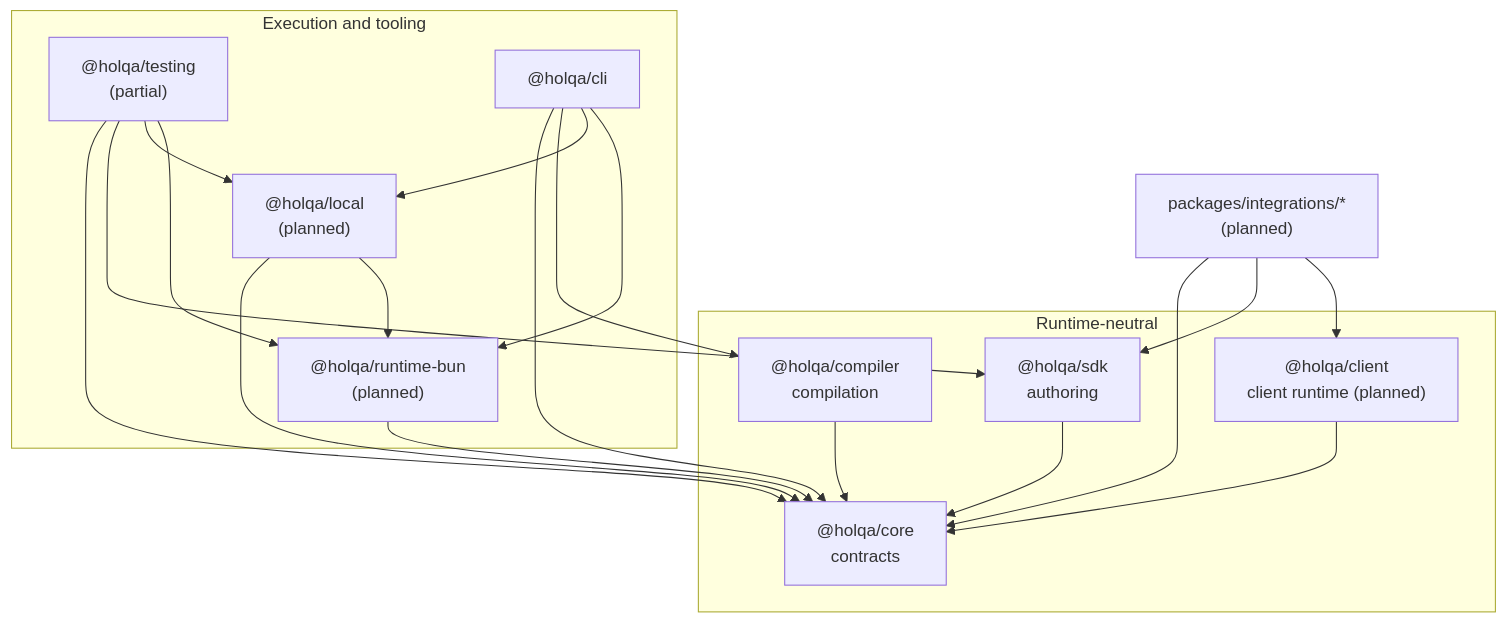
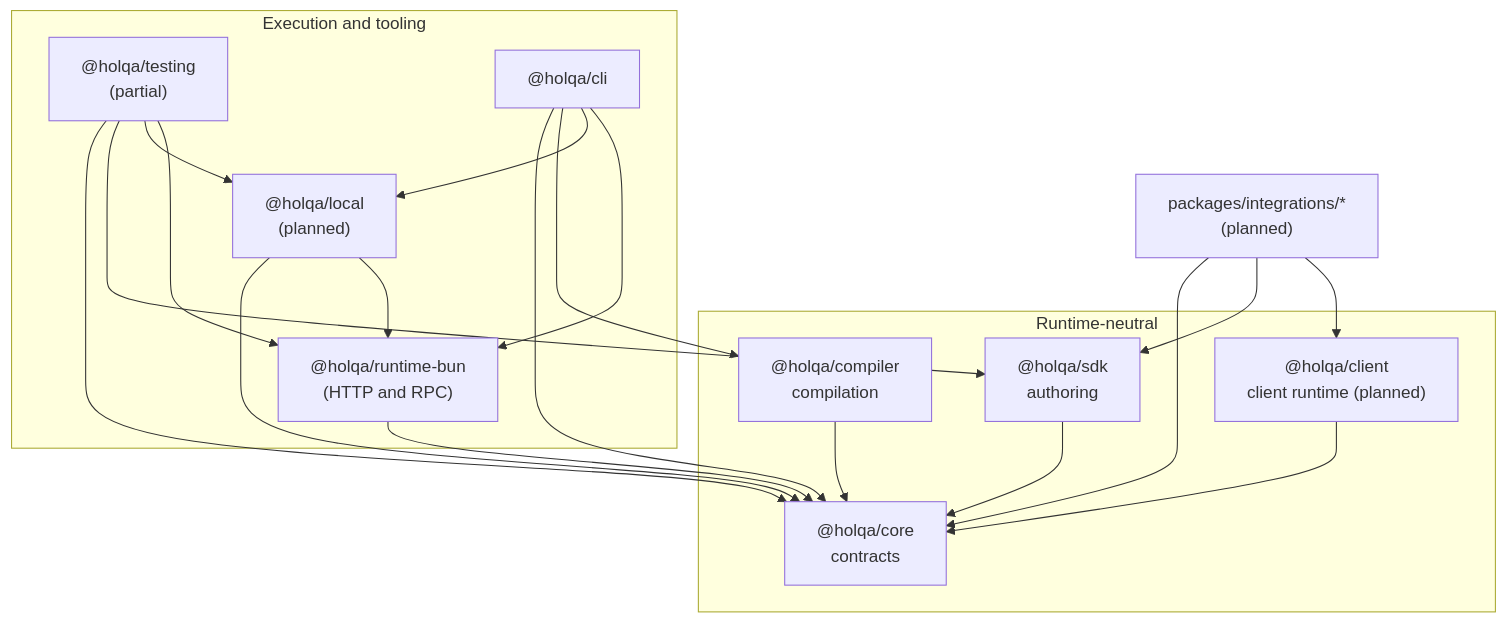
Before and after one commit to SrKleRAimBot/holqa: the first of 2 diagrams in docs/architecture/overview.md, drawn with Mermaid. The commit also changed other lines of this file and 142 other files, not shown here.

First line of the commit message:
feat: Bun execution engine with HTTP routes and RPC procedures (#6)

````diff
--- a/docs/architecture/overview.md
+++ b/docs/architecture/overview.md
@@ -24,34 +24,34 @@
 ```mermaid
 flowchart TB
   subgraph Neutral["Runtime-neutral"]
     core["@holqa/core<br/>contracts"]
     sdk["@holqa/sdk<br/>authoring"]
     client["@holqa/client<br/>client runtime (planned)"]
     compiler["@holqa/compiler<br/>compilation"]
   end
   subgraph Execution["Execution and tooling"]
-    runtime["@holqa/runtime-bun<br/>(planned)"]
+    runtime["@holqa/runtime-bun<br/>(HTTP and RPC)"]
     local["@holqa/local<br/>(planned)"]
     testing["@holqa/testing<br/>(partial)"]
     cli["@holqa/cli"]
   end
   integrations["packages/integrations/*<br/>(planned)"]
 
   sdk --> core
   client --> core
   compiler --> core
   runtime --> core
   local --> core
   local --> runtime
   testing --> core
   testing --> sdk
   testing --> local
   testing --> runtime
   cli --> core
   cli --> compiler
   cli --> local
   cli --> runtime
   integrations --> core
   integrations --> sdk
   integrations --> client
 ```
````
